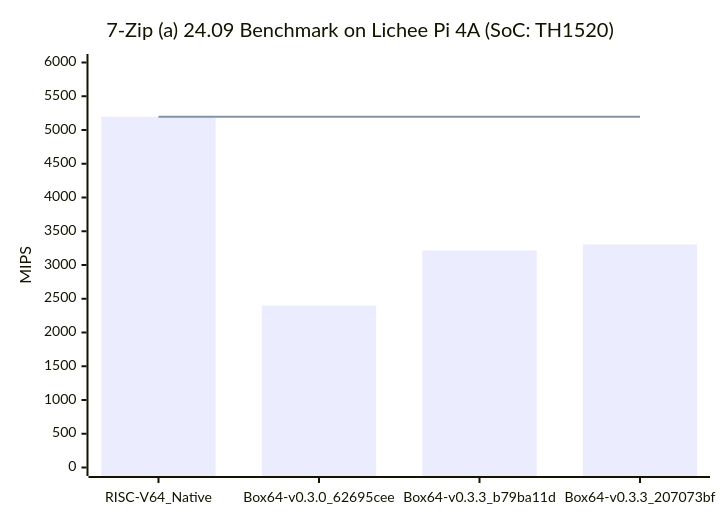
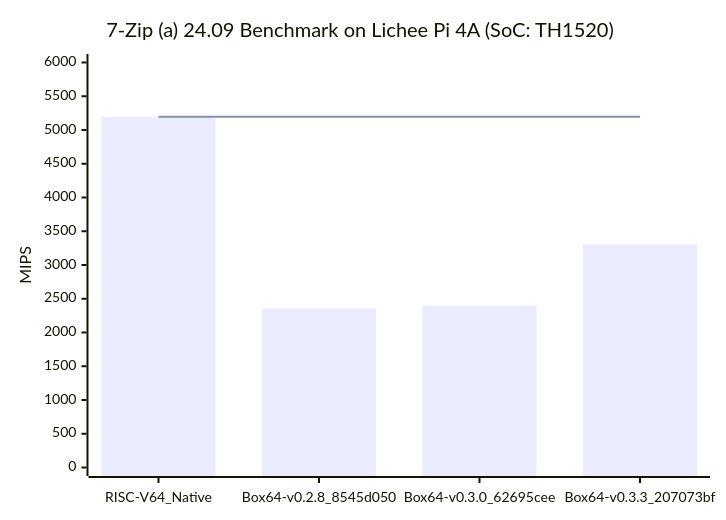
The diagram in docs/benchmark.md (ksco/box64-for-riscv-guide), drawn with Mermaid before and after one commit. The commit also changed other lines of this file, not shown here.

````diff
--- a/docs/benchmark.md
+++ b/docs/benchmark.md
@@ -10,9 +10,9 @@
 ```mermaid
 xychart-beta
     title "7-Zip (a) 24.09 Benchmark on Lichee Pi 4A (SoC: TH1520)"
-    x-axis [RISC-V64_Native, Box64-v0.3.0_62695cee, Box64-v0.3.3_b79ba11d, Box64-v0.3.3_207073bf]
+    x-axis [RISC-V64_Native, Box64-v0.2.8_8545d050, Box64-v0.3.0_62695cee, Box64-v0.3.3_207073bf]
     y-axis "MIPS" 0 --> 6000
-    bar [5197, 2399, 3217, 3305]
+    bar [5197, 2356, 2399, 3305]
     line [5197, 5197, 5197, 5197]
 
 ```
````
